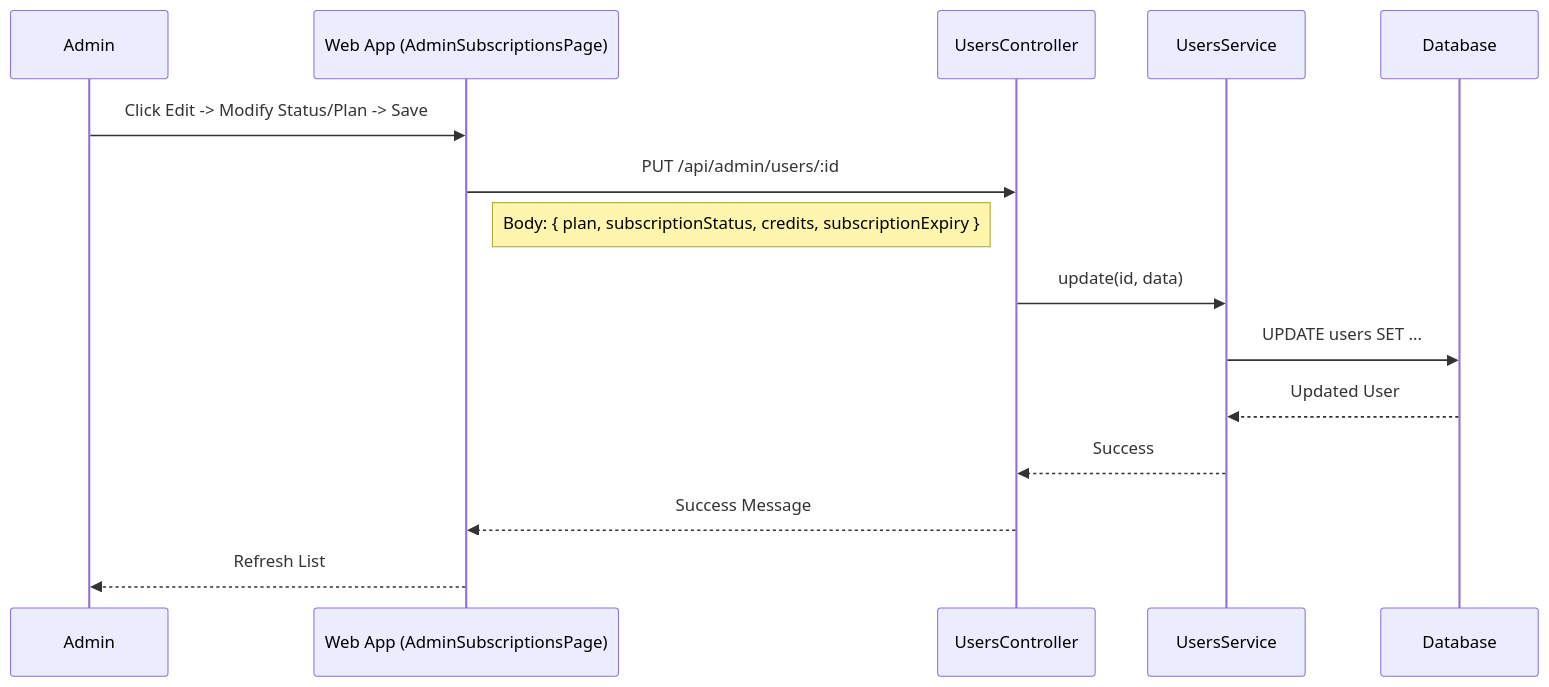
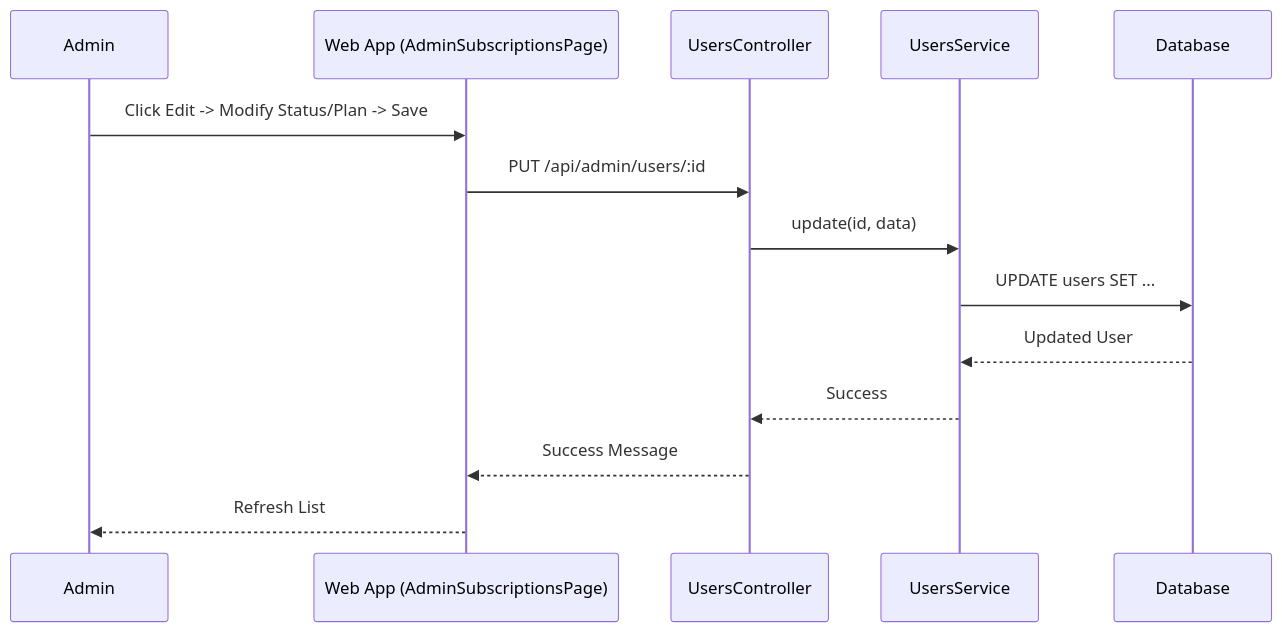
The third of 3 diagrams in DOC-TTCS/subscription_management_docs.md (duong4444/agribot-dev), drawn with Mermaid before and after one commit. The commit also changed other lines of this file and 10 other files, not shown here.

````diff
--- a/DOC-TTCS/subscription_management_docs.md
+++ b/DOC-TTCS/subscription_management_docs.md
@@ -83,17 +80,16 @@
 ```mermaid
 sequenceDiagram
     participant A as Admin
     participant FE as Web App (AdminSubscriptionsPage)
     participant CTL as UsersController
     participant SVC as UsersService
     participant DB as Database
     A->>FE: Click Edit -> Modify Status/Plan -> Save
     FE->>CTL: PUT /api/admin/users/:id
-    Note right of FE: Body: { plan, subscriptionStatus, credits, subscriptionExpiry }
     CTL->>SVC: update(id, data)
     SVC->>DB: UPDATE users SET ...
     DB-->>SVC: Updated User
     SVC-->>CTL: Success
     CTL-->>FE: Success Message
     FE-->>A: Refresh List
 ```
````
